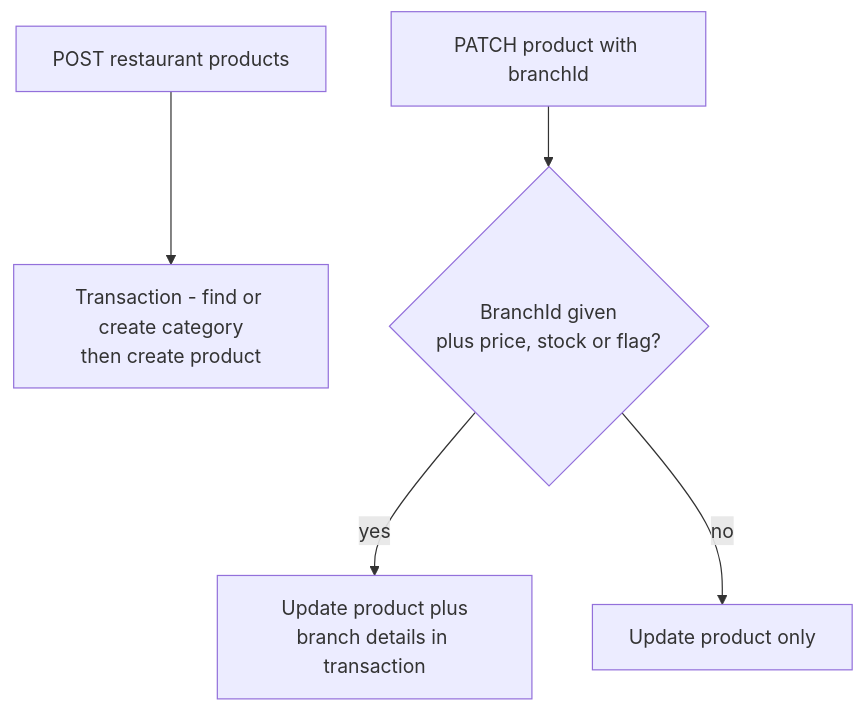
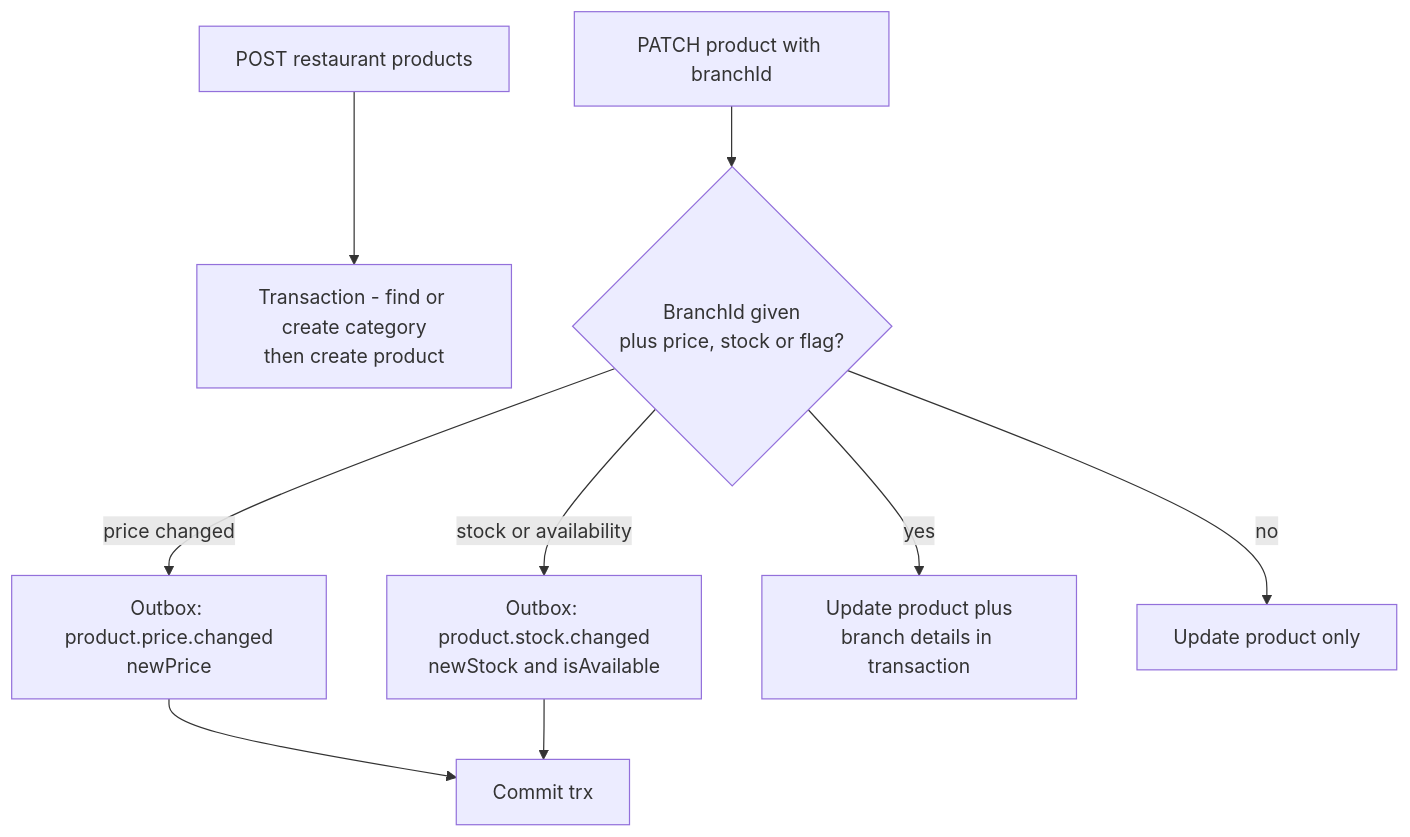
One commit to ZiadAmin-Dev/core-service changed the third of 4 diagrams in docs/business-logic/product.md. Above: the diagram before and after it, drawn with Mermaid. The commit also changed other lines of this file and 3 other files, not shown here.

Commit message:
docs(business-logic): update outbox emission flows for product, branch, restaurant modules

````diff
--- a/docs/business-logic/product.md
+++ b/docs/business-logic/product.md
@@ -31,7 +31,11 @@
 ```mermaid
 flowchart TD
     CR[POST restaurant products] --> TRX[Transaction - find or create category<br/>then create product]
     UP[PATCH product with branchId] --> BRQ{BranchId given<br/>plus price, stock or flag?}
+    BRQ -->|price changed| PRICE[Outbox: product.price.changed<br/>newPrice]
+    BRQ -->|stock or availability| STOCK[Outbox: product.stock.changed<br/>newStock and isAvailable]
     BRQ -->|yes| BOTH[Update product plus<br/>branch details in transaction]
     BRQ -->|no| PROD[Update product only]
+    PRICE --> TXC[Commit trx]
+    STOCK --> TXC
 ```
````
